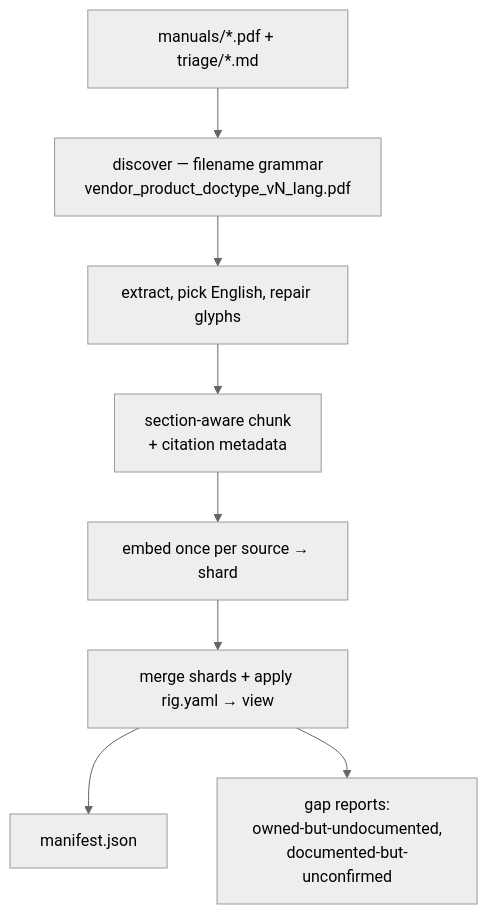
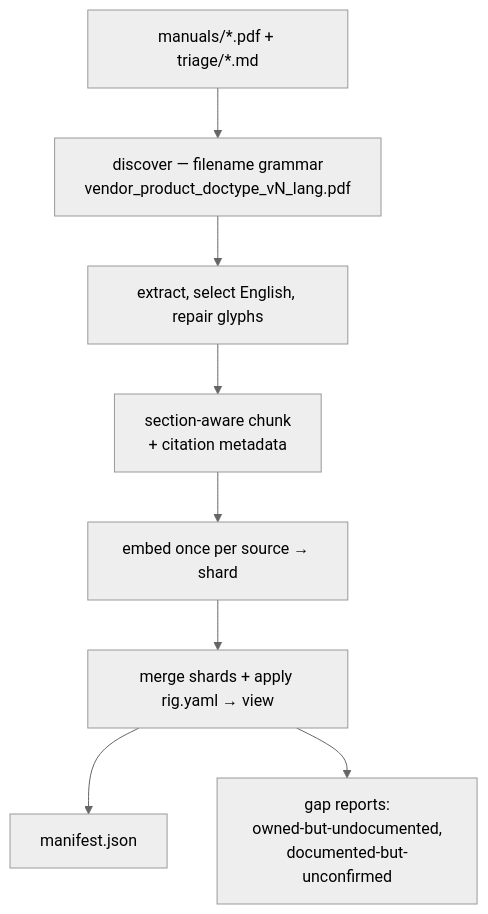
Before and after one commit to troobit/dawmans: the second of 4 diagrams in README.md, drawn with Mermaid (neutral theme). The commit also changed other lines of this file and 20 other files, not shown here.

````diff
--- a/README.md
+++ b/README.md
@@ -97,10 +119,10 @@
 ```mermaid
 flowchart TD
   A["manuals/*.pdf + triage/*.md"] --> B["discover — filename grammar<br/>vendor_product_doctype_vN_lang.pdf"]
-  B --> C["extract, pick English, repair glyphs"]
+  B --> C["extract, select English, repair glyphs"]
   C --> D["section-aware chunk<br/>+ citation metadata"]
   D --> E["embed once per source → shard"]
   E --> F["merge shards + apply rig.yaml → view"]
   F --> G["manifest.json"]
   F --> H["gap reports:<br/>owned-but-undocumented,<br/>documented-but-unconfirmed"]
 ```
````
